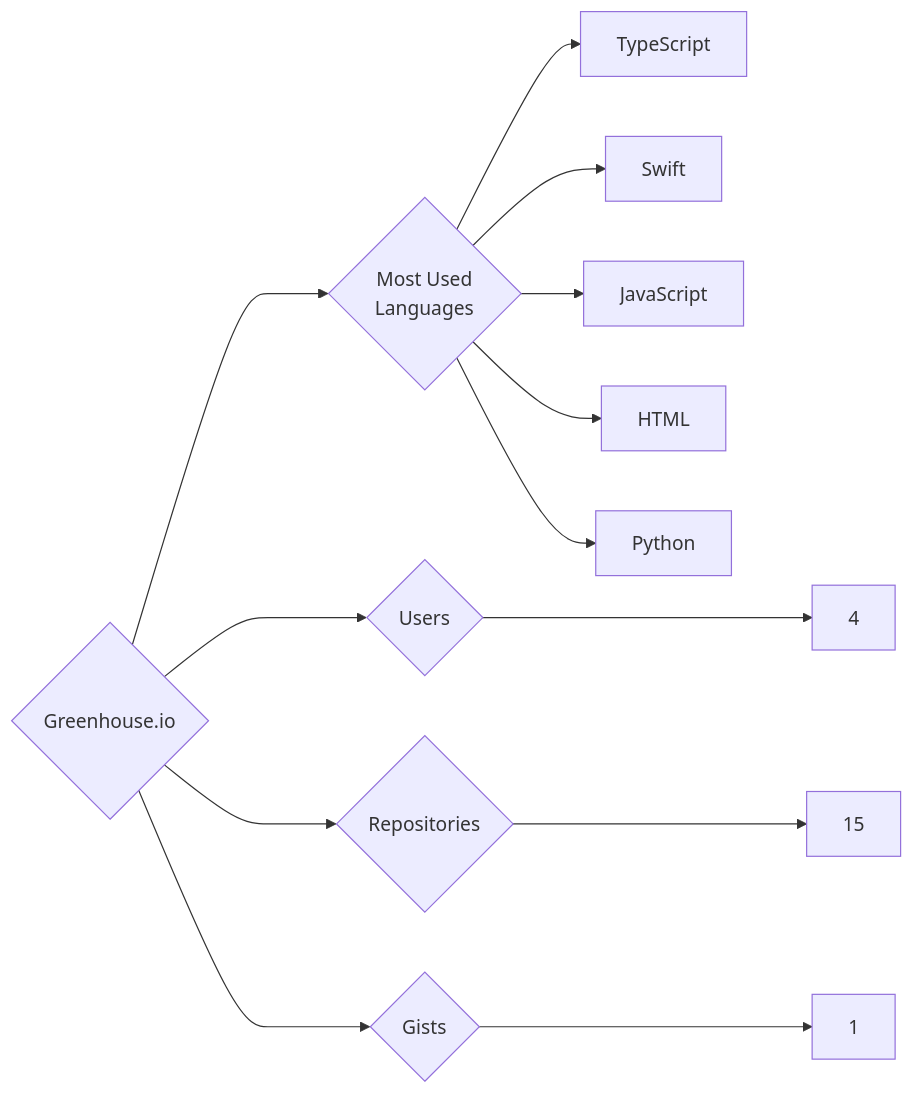
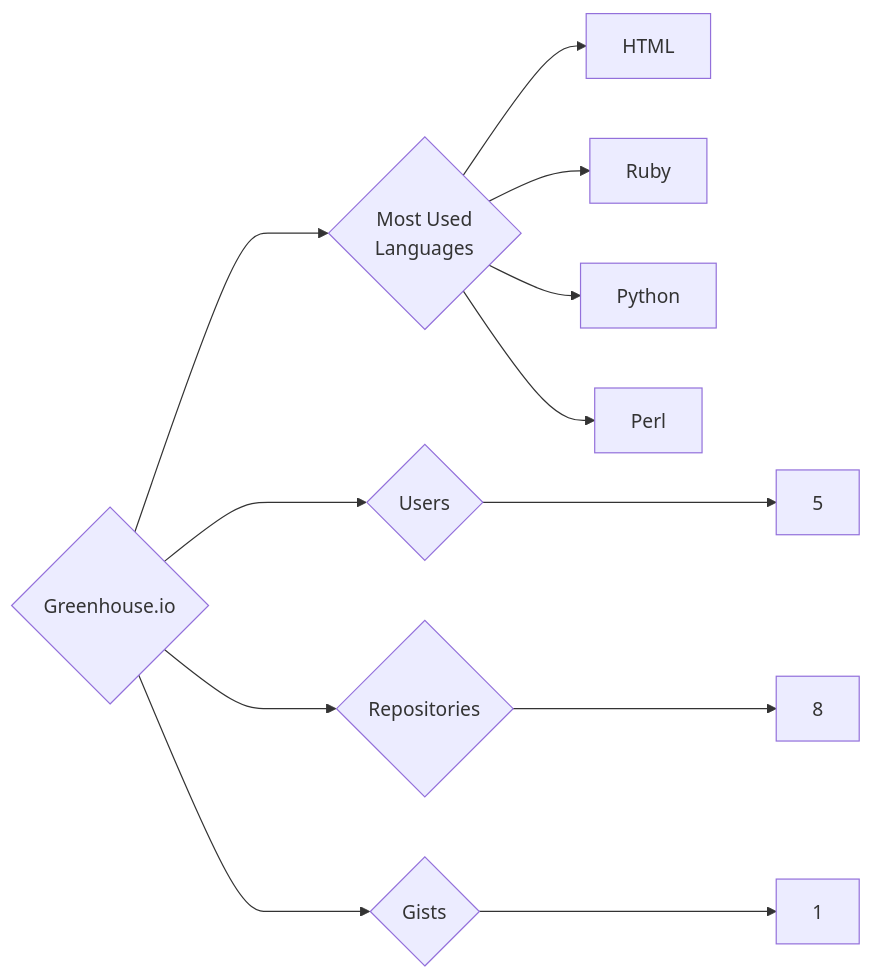
One commit to trickest/insiders changed the diagram in targets/Greenhouse.io/README.md. Above: the diagram before and after it, drawn with Mermaid. The commit also changed 1175 other files, not shown here.

````diff
--- a/targets/Greenhouse.io/README.md
+++ b/targets/Greenhouse.io/README.md
@@ -3,13 +3,12 @@
 ```mermaid
 graph LR
 COMPANY_NAME{Greenhouse.io}
-COMPANY_NAME ---> U{Users} ---> UN[4]
-COMPANY_NAME ---> R{Repositories} ---> RN[15]
+COMPANY_NAME ---> U{Users} ---> UN[5]
+COMPANY_NAME ---> R{Repositories} ---> RN[8]
 COMPANY_NAME ---> G{Gists} ---> GN[1]
 COMPANY_NAME ---> ML{Most Used<br>Languages}
-ML --> TypeScript[TypeScript]
-ML --> Swift[Swift]
-ML --> JavaScript[JavaScript]
 ML --> HTML[HTML]
+ML --> Ruby[Ruby]
 ML --> Python[Python]
+ML --> Perl[Perl]
 ```
````
